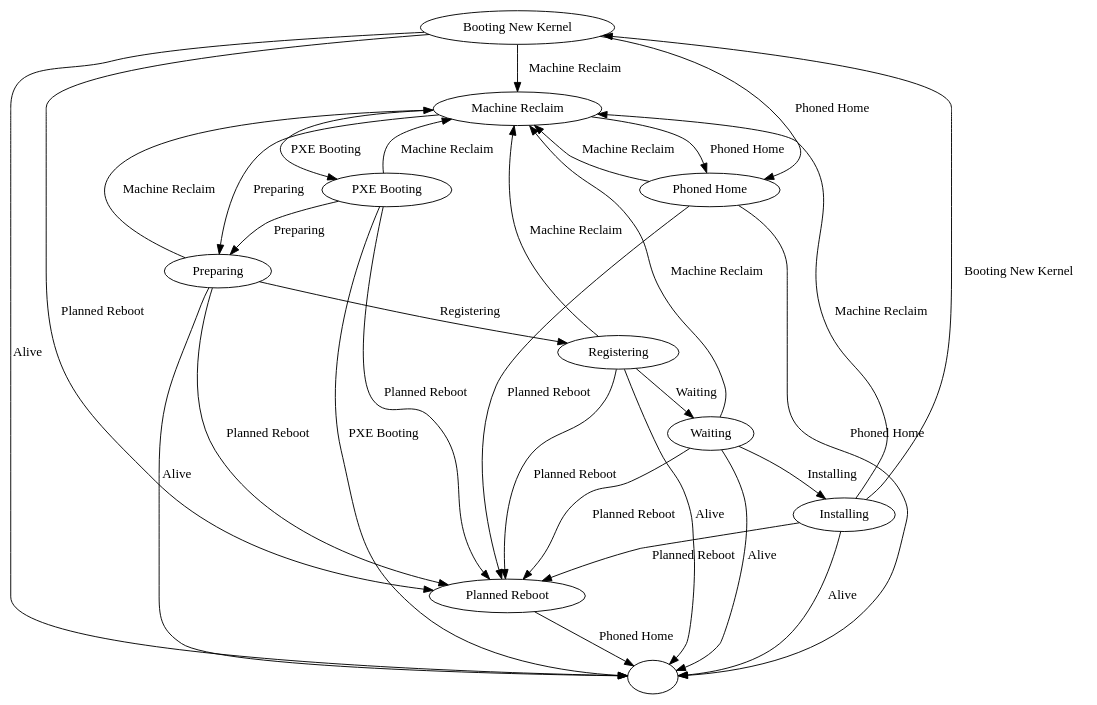
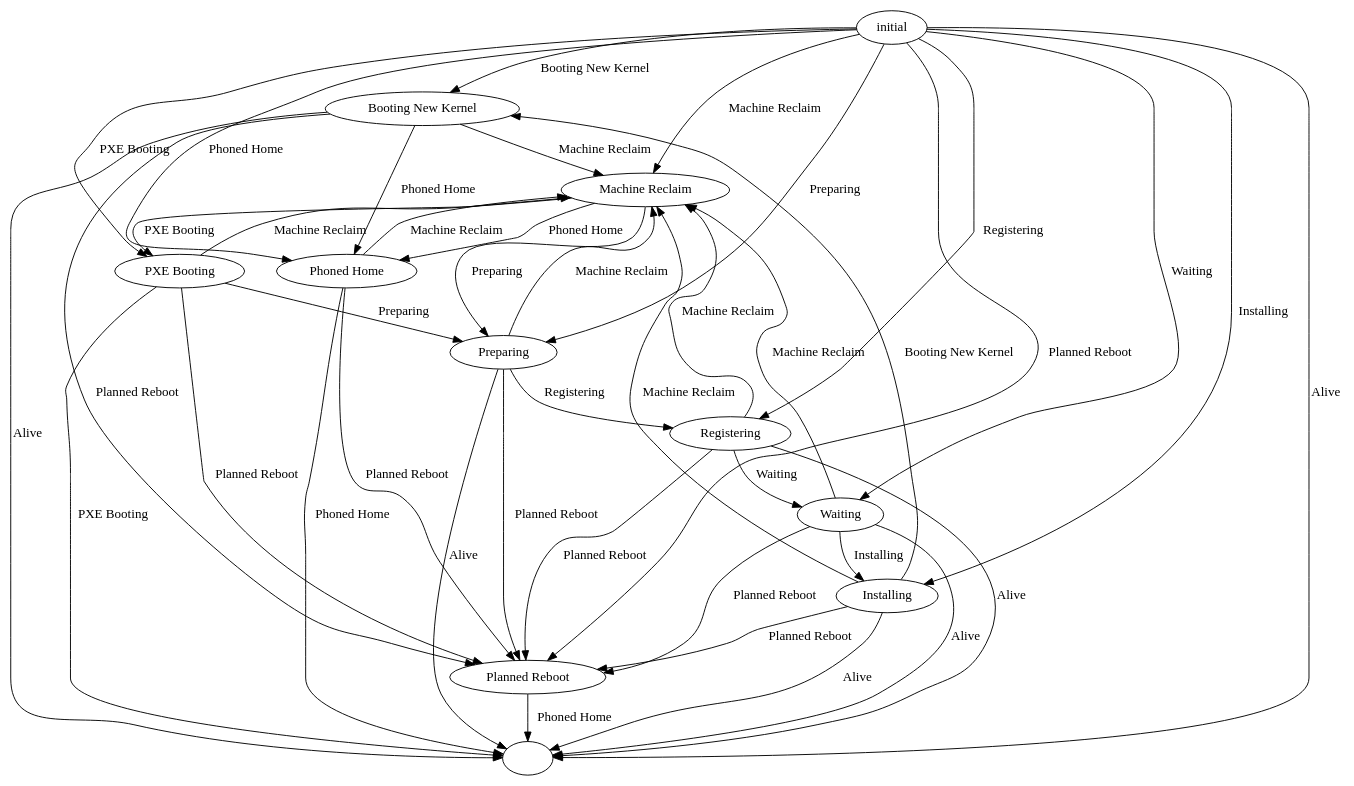
Before and after one commit to metal-stack/metal-api: the diagram in cmd/metal-api/internal/tools/visualize_fsm/fsm.dot, drawn with Graphviz. The commit also changed 3 other files, not shown here.

```diff
--- a/cmd/metal-api/internal/tools/visualize_fsm/fsm.dot
+++ b/cmd/metal-api/internal/tools/visualize_fsm/fsm.dot
@@ -1,44 +1,55 @@
 digraph fsm {
     "Booting New Kernel" -> "" [ label = "Alive" ];
     "Booting New Kernel" -> "Machine Reclaim" [ label = "Machine Reclaim" ];
     "Booting New Kernel" -> "Phoned Home" [ label = "Phoned Home" ];
     "Booting New Kernel" -> "Planned Reboot" [ label = "Planned Reboot" ];
     "Installing" -> "" [ label = "Alive" ];
     "Installing" -> "Booting New Kernel" [ label = "Booting New Kernel" ];
     "Installing" -> "Machine Reclaim" [ label = "Machine Reclaim" ];
     "Installing" -> "Planned Reboot" [ label = "Planned Reboot" ];
     "Machine Reclaim" -> "PXE Booting" [ label = "PXE Booting" ];
     "Machine Reclaim" -> "Phoned Home" [ label = "Phoned Home" ];
     "Machine Reclaim" -> "Preparing" [ label = "Preparing" ];
     "PXE Booting" -> "Machine Reclaim" [ label = "Machine Reclaim" ];
     "PXE Booting" -> "" [ label = "PXE Booting" ];
     "PXE Booting" -> "Planned Reboot" [ label = "Planned Reboot" ];
     "PXE Booting" -> "Preparing" [ label = "Preparing" ];
     "Phoned Home" -> "Machine Reclaim" [ label = "Machine Reclaim" ];
     "Phoned Home" -> "" [ label = "Phoned Home" ];
     "Phoned Home" -> "Planned Reboot" [ label = "Planned Reboot" ];
     "Planned Reboot" -> "" [ label = "Phoned Home" ];
     "Preparing" -> "" [ label = "Alive" ];
     "Preparing" -> "Machine Reclaim" [ label = "Machine Reclaim" ];
     "Preparing" -> "Planned Reboot" [ label = "Planned Reboot" ];
     "Preparing" -> "Registering" [ label = "Registering" ];
     "Registering" -> "" [ label = "Alive" ];
     "Registering" -> "Machine Reclaim" [ label = "Machine Reclaim" ];
     "Registering" -> "Planned Reboot" [ label = "Planned Reboot" ];
     "Registering" -> "Waiting" [ label = "Waiting" ];
     "Waiting" -> "" [ label = "Alive" ];
     "Waiting" -> "Installing" [ label = "Installing" ];
     "Waiting" -> "Machine Reclaim" [ label = "Machine Reclaim" ];
     "Waiting" -> "Planned Reboot" [ label = "Planned Reboot" ];
+    "initial" -> "" [ label = "Alive" ];
+    "initial" -> "Booting New Kernel" [ label = "Booting New Kernel" ];
+    "initial" -> "Installing" [ label = "Installing" ];
+    "initial" -> "Machine Reclaim" [ label = "Machine Reclaim" ];
+    "initial" -> "PXE Booting" [ label = "PXE Booting" ];
+    "initial" -> "Phoned Home" [ label = "Phoned Home" ];
+    "initial" -> "Planned Reboot" [ label = "Planned Reboot" ];
+    "initial" -> "Preparing" [ label = "Preparing" ];
+    "initial" -> "Registering" [ label = "Registering" ];
+    "initial" -> "Waiting" [ label = "Waiting" ];
 
     "";
     "Booting New Kernel";
     "Installing";
     "Machine Reclaim";
     "PXE Booting";
     "Phoned Home";
     "Planned Reboot";
     "Preparing";
     "Registering";
     "Waiting";
+    "initial";
 }
```
